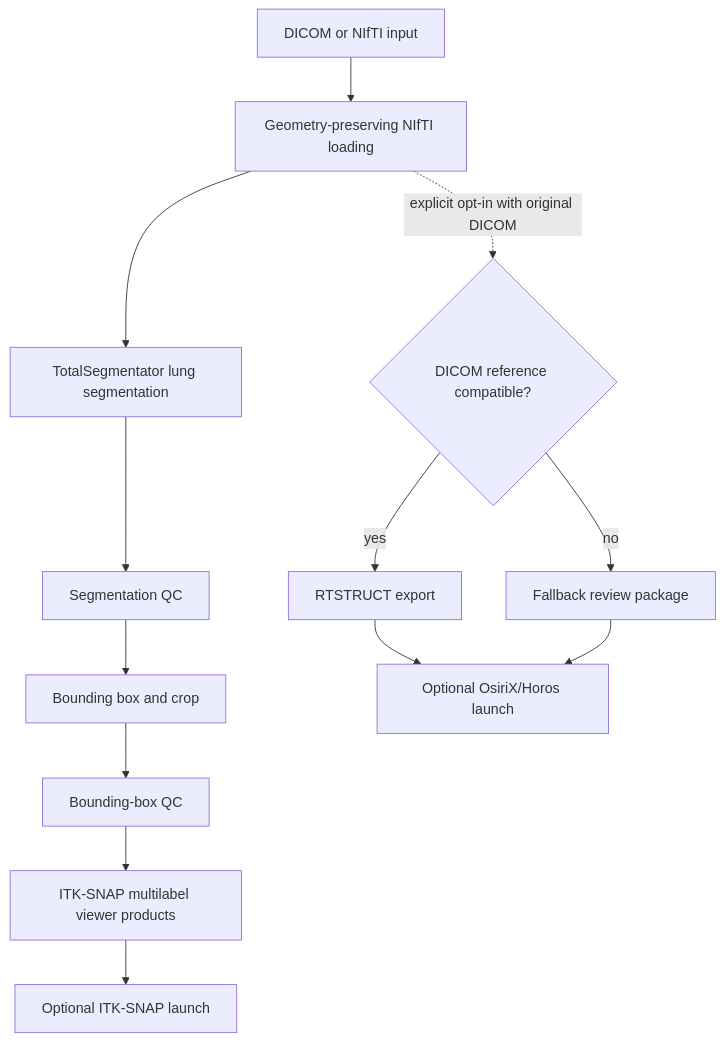
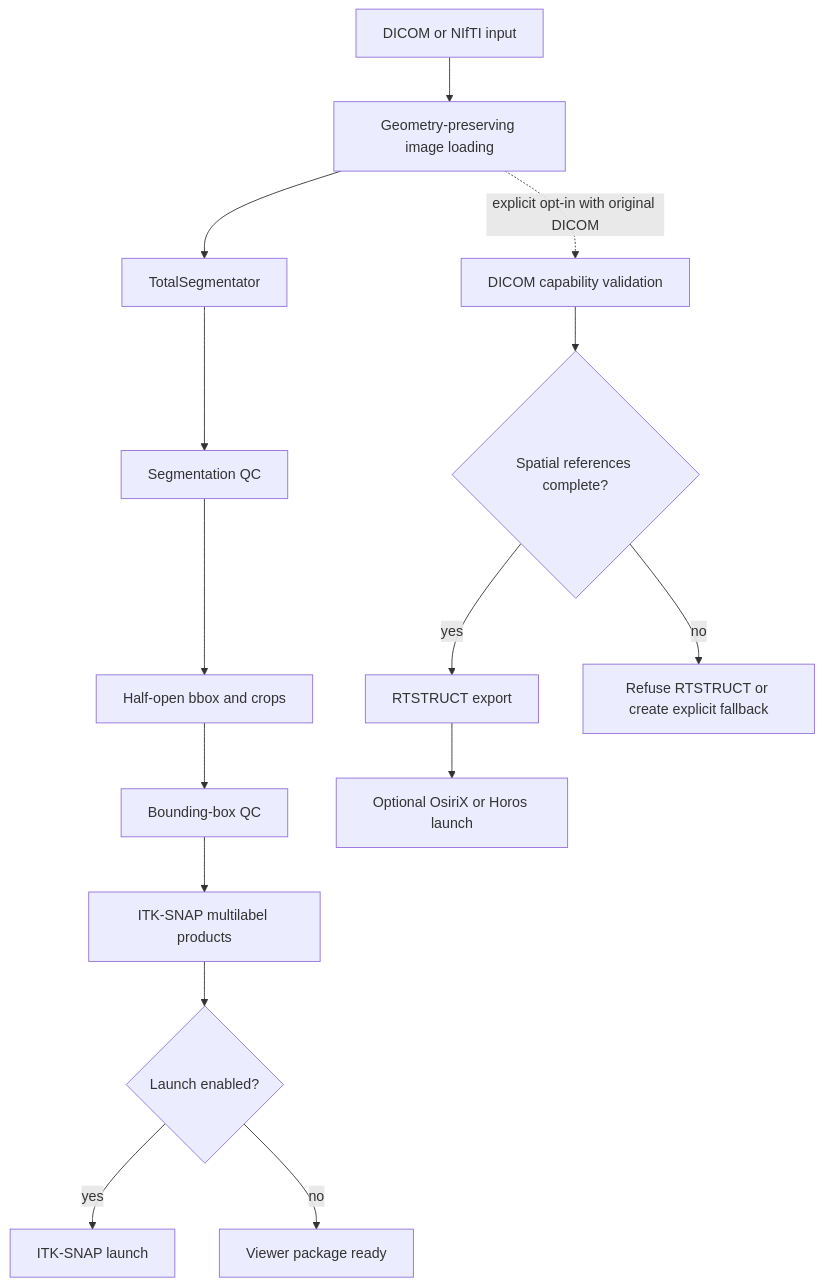
The diagram in docs/architecture.md (Rbojja23/lung-mri-registration-signal-change-pipeline), drawn with Mermaid before and after one commit. The commit also changed other lines of this file and 6 other files, not shown here.

Commit message:
release: v1.1.0 ITK-SNAP-first workflow

````diff
--- a/docs/architecture.md
+++ b/docs/architecture.md
@@ -5,15 +5,17 @@
 ```mermaid
 flowchart TD
-  A[DICOM or NIfTI input] --> B[Geometry-preserving NIfTI loading]
-  B --> C[TotalSegmentator lung segmentation]
+  A[DICOM or NIfTI input] --> B[Geometry-preserving image loading]
+  B --> C[TotalSegmentator]
   C --> D[Segmentation QC]
-  D --> E[Bounding box and crop]
+  D --> E[Half-open bbox and crops]
   E --> F[Bounding-box QC]
-  F --> G[ITK-SNAP multilabel viewer products]
-  G --> H[Optional ITK-SNAP launch]
-  B -. explicit opt-in with original DICOM .-> I{DICOM reference compatible?}
-  I -->|yes| J[RTSTRUCT export]
-  I -->|no| K[Fallback review package]
-  J --> L[Optional OsiriX/Horos launch]
-  K --> L
+  F --> G[ITK-SNAP multilabel products]
+  G --> H{Launch enabled?}
+  H -->|yes| I[ITK-SNAP launch]
+  H -->|no| J[Viewer package ready]
+  B -. explicit opt-in with original DICOM .-> K[DICOM capability validation]
+  K --> L{Spatial references complete?}
+  L -->|yes| M[RTSTRUCT export]
+  L -->|no| N[Refuse RTSTRUCT or create explicit fallback]
+  M --> O[Optional OsiriX or Horos launch]
 ```
````
